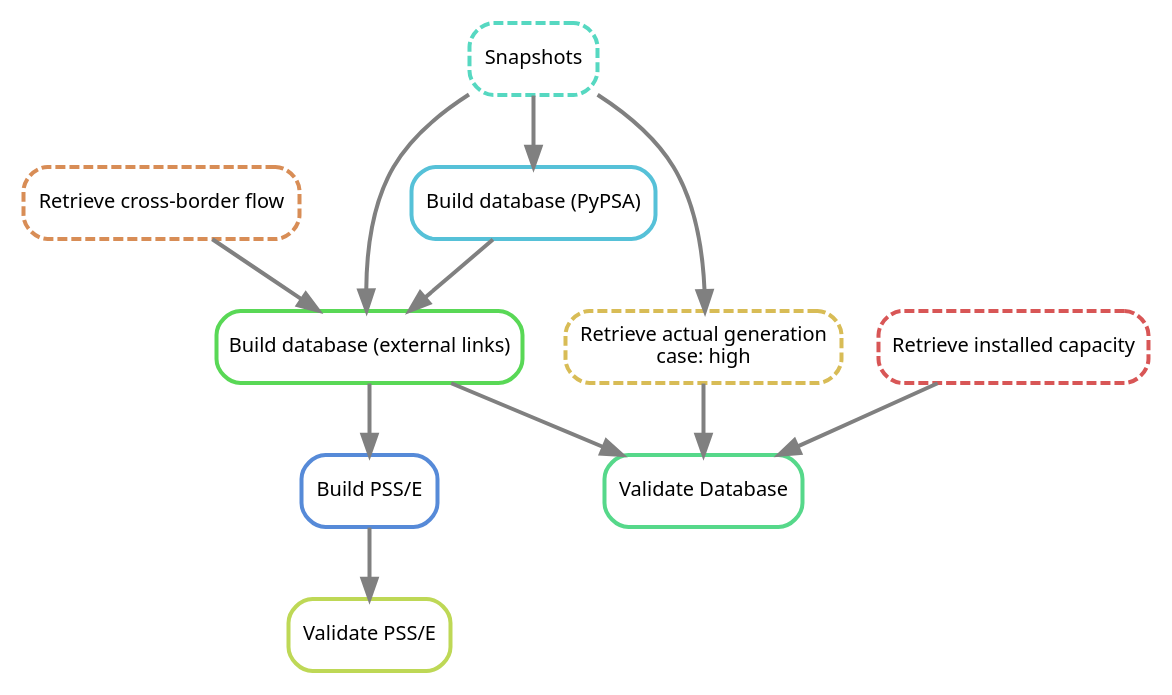
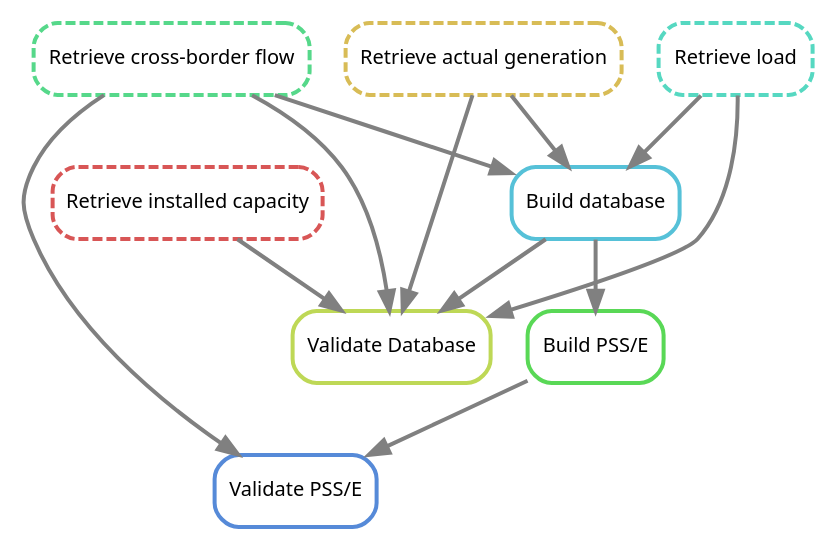
Before and after one commit to matildaarvidsson/2045-nordic-grid-model: the diagram in workflow.dot, drawn with Graphviz. The commit also changed 3 other files, not shown here.

```diff
--- a/workflow.dot
+++ b/workflow.dot
@@ -1,24 +1,24 @@
 digraph snakemake_dag {
     graph[bgcolor=white, margin=0];
     node[shape=box, style=rounded, fontname=sans,                 fontsize=10, penwidth=2];
     edge[penwidth=2, color=grey];
-        1[label = "Validate Database", color = "0.40 0.6 0.85", style="rounded"];
-        2[label = "Build database (external links)", color = "0.33 0.6 0.85", style="rounded"];
-        3[label = "Retrieve cross-border flow", color = "0.07 0.6 0.85", style="rounded,dashed"];
-        4[label = "Snapshots", color = "0.47 0.6 0.85", style="rounded,dashed"];
-        5[label = "Build database (PyPSA)", color = "0.53 0.6 0.85", style="rounded"];
+        1[label = "Validate Database", color = "0.20 0.6 0.85", style="rounded"];
+        2[label = "Build database", color = "0.53 0.6 0.85", style="rounded"];
+        3[label = "Retrieve actual generation", color = "0.13 0.6 0.85", style="rounded,dashed"];
+        4[label = "Retrieve cross-border flow", color = "0.40 0.6 0.85", style="rounded,dashed"];
+        5[label = "Retrieve load", color = "0.47 0.6 0.85", style="rounded,dashed"];
         6[label = "Retrieve installed capacity", color = "0.00 0.6 0.85", style="rounded,dashed"];
-        7[label = "Retrieve actual generation\ncase: high", color = "0.13 0.6 0.85", style="rounded,dashed"];
-        8[label = "Build PSS/E", color = "0.60 0.6 0.85", style="rounded"];
-        9[label = "Validate PSS/E", color = "0.20 0.6 0.85", style="rounded"];
+        7[label = "Build PSS/E", color = "0.33 0.6 0.85", style="rounded"];
+        8[label = "Validate PSS/E", color = "0.60 0.6 0.85", style="rounded"];
         2 -> 1
+        4 -> 1
         6 -> 1
-        7 -> 1
+        3 -> 1
+        5 -> 1
         3 -> 2
         4 -> 2
         5 -> 2
-        4 -> 5
-        4 -> 7
-        2 -> 8
-        8 -> 9
+        2 -> 7
+        7 -> 8
+        4 -> 8
 }
```
